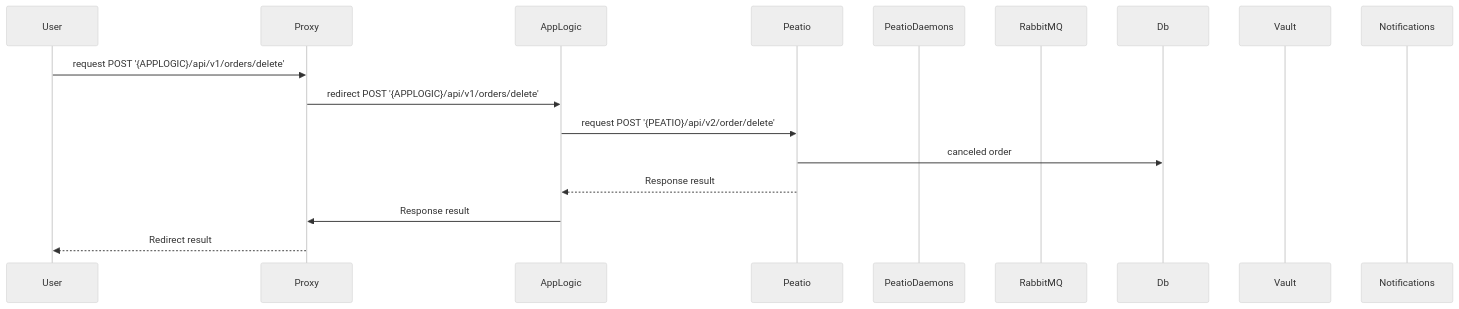
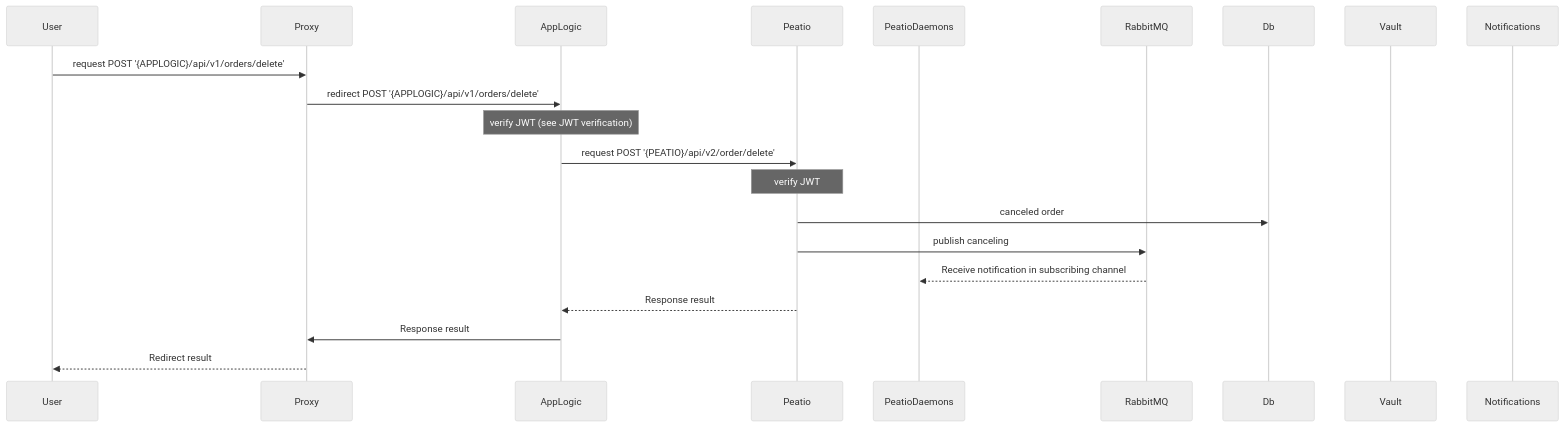
One commit to sergii-savchenko/rkcp_arch changed the second of 2 diagrams in content/3.010.orders.md. Above: the diagram before and after it, drawn with Mermaid (neutral theme). The commit also changed other lines of this file and 5 other files, not shown here.

````diff
--- a/content/3.010.orders.md
+++ b/content/3.010.orders.md
@@ -32,22 +34,26 @@
 ```mermaid
 sequenceDiagram
     participant User
     participant Proxy
     participant AppLogic
     participant Peatio
     participant PeatioDaemons
     participant RabbitMQ
     participant Db
     participant Vault
     participant Notifications
 
     User->>Proxy: request POST '{APPLOGIC}/api/v1/orders/delete'
     Proxy->>AppLogic: redirect POST '{APPLOGIC}/api/v1/orders/delete'
-    
+    Note over AppLogic: verify JWT (see JWT verification)
     AppLogic->>Peatio: request POST '{PEATIO}/api/v2/order/delete'
+    Note over Peatio: verify JWT
     Peatio->>Db: canceled order
+    Peatio->>RabbitMQ: publish canceling
+    RabbitMQ-->>PeatioDaemons: Receive notification in subscribing channel
+
     Peatio-->>AppLogic: Response result
 
     AppLogic->>Proxy: Response result
     Proxy-->>User: Redirect result
 ```
````
